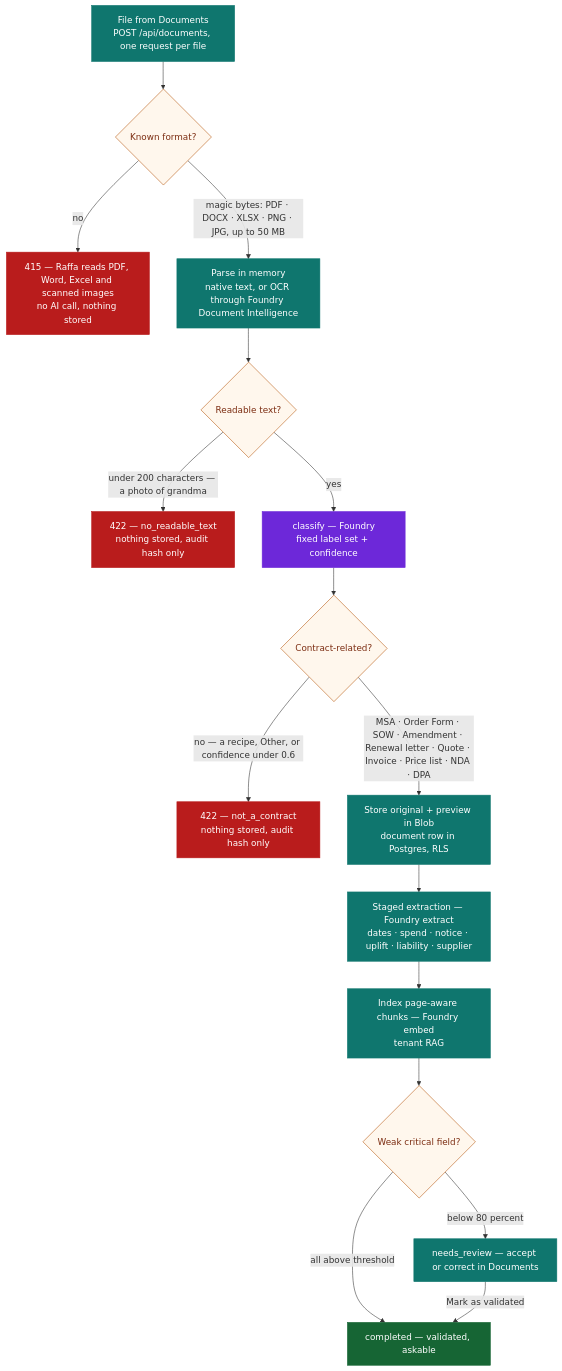
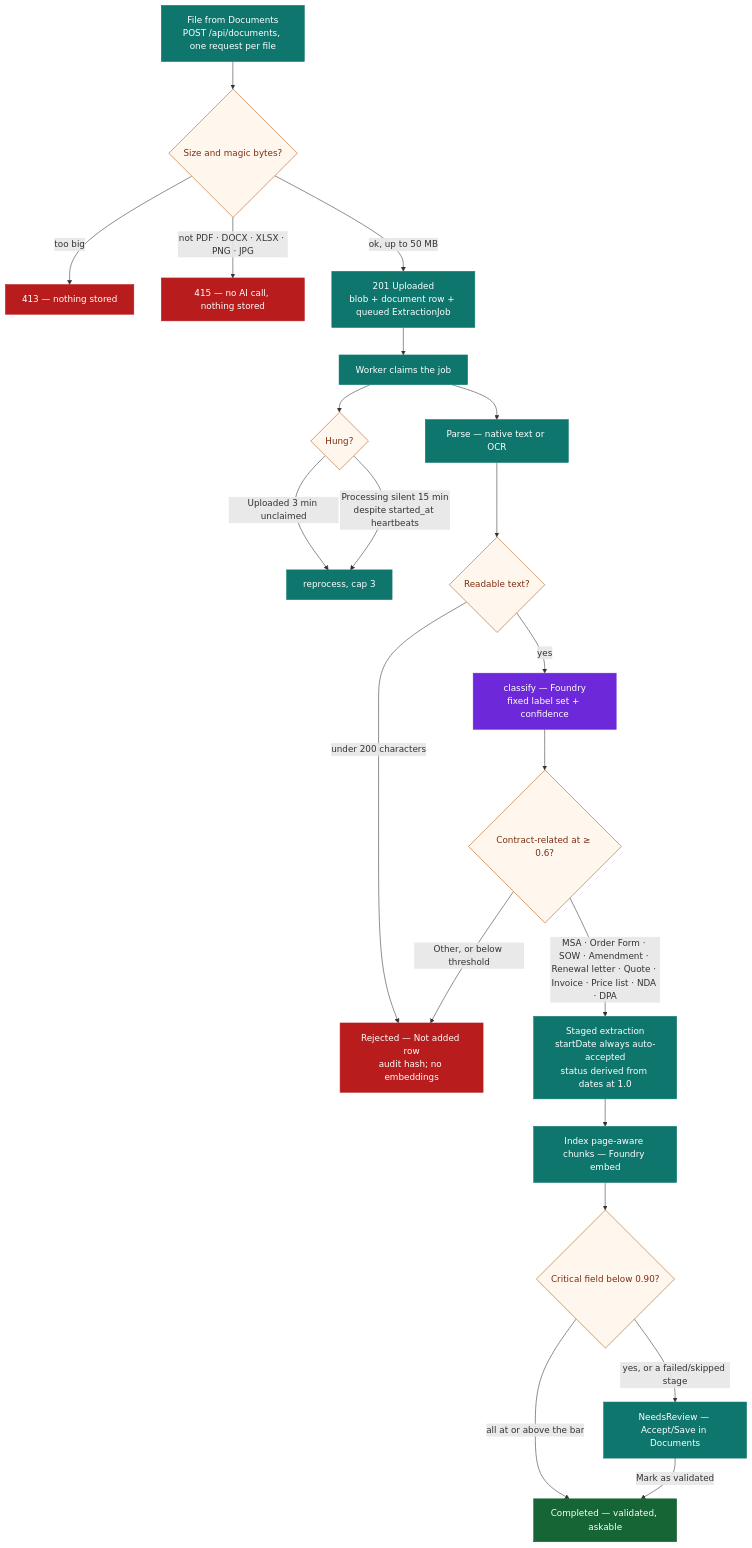
Before and after one commit to lucalamalfa91/Raffa.ai: the second of 7 diagrams in docs/architecture/ask-raffa-v2-data-flow.md, drawn with Mermaid. The commit also changed other lines of this file and 3 other files, not shown here.

First line of the commit message:
docs: align README and flows with the post-W19 product

````diff
--- a/docs/architecture/ask-raffa-v2-data-flow.md
+++ b/docs/architecture/ask-raffa-v2-data-flow.md
@@ -142,30 +143,35 @@
 ```mermaid
 flowchart TB
   classDef step fill:#0f766e,stroke:#0f766e,color:#ffffff
   classDef ai fill:#6d28d9,stroke:#6d28d9,color:#ffffff
   classDef ok fill:#166534,stroke:#166534,color:#ffffff
   classDef no fill:#b91c1c,stroke:#b91c1c,color:#ffffff
   classDef dec fill:#fff7ed,stroke:#b45309,color:#7c2d12
 
-  IN["File from Documents<br/>POST /api/documents, one request per file"] --> F1{"Known format?"}
-  F1 -- "no" --> R415["415 — Raffa reads PDF, Word, Excel and scanned images<br/>no AI call, nothing stored"]
-  F1 -- "magic bytes: PDF · DOCX · XLSX · PNG · JPG, up to 50 MB" --> P["Parse in memory<br/>native text, or OCR through Foundry Document Intelligence"]
+  IN["File from Documents<br/>POST /api/documents, one request per file"] --> F1{"Size and magic bytes?"}
+  F1 -- "too big" --> R413["413 — nothing stored"]
+  F1 -- "not PDF · DOCX · XLSX · PNG · JPG" --> R415["415 — no AI call, nothing stored"]
+  F1 -- "ok, up to 50 MB" --> S["201 Uploaded<br/>blob + document row + queued ExtractionJob"]
+  S --> W["Worker claims the job"]
+  W --> H{"Hung?"}
+  H -- "Uploaded 3 min unclaimed" --> RP["reprocess, cap 3"]
+  H -- "Processing silent 15 min<br/>despite started_at heartbeats" --> RP
+  W --> P["Parse — native text or OCR"]
   P --> F2{"Readable text?"}
-  F2 -- "under 200 characters — a photo of grandma" --> R422a["422 — no_readable_text<br/>nothing stored, audit hash only"]
+  F2 -- "under 200 characters" --> REJ["Rejected — Not added row<br/>audit hash; no embeddings"]
   F2 -- "yes" --> C["classify — Foundry<br/>fixed label set + confidence"]
-  C --> F3{"Contract-related?"}
-  F3 -- "no — a recipe, Other, or confidence under 0.6" --> R422b["422 — not_a_contract<br/>nothing stored, audit hash only"]
-  F3 -- "MSA · Order Form · SOW · Amendment · Renewal letter · Quote · Invoice · Price list · NDA · DPA" --> S["Store original + preview in Blob<br/>document row in Postgres, RLS"]
-  S --> X["Staged extraction — Foundry extract<br/>dates · spend · notice · uplift · liability · supplier"]
-  X --> I["Index page-aware chunks — Foundry embed<br/>tenant RAG"]
-  I --> ST{"Weak critical field?"}
-  ST -- "below 80 percent" --> NR["needs_review — accept or correct in Documents"]
-  ST -- "all above threshold" --> DONE["completed — validated, askable"]
+  C --> F3{"Contract-related at ≥ 0.6?"}
+  F3 -- "Other, or below threshold" --> REJ
+  F3 -- "MSA · Order Form · SOW · Amendment · Renewal letter · Quote · Invoice · Price list · NDA · DPA" --> X["Staged extraction<br/>startDate always auto-accepted<br/>status derived from dates at 1.0"]
+  X --> I["Index page-aware chunks — Foundry embed"]
+  I --> ST{"Critical field below 0.90?"}
+  ST -- "yes, or a failed/skipped stage" --> NR["NeedsReview — Accept/Save in Documents"]
+  ST -- "all at or above the bar" --> DONE["Completed — validated, askable"]
   NR -- "Mark as validated" --> DONE
 
-  class IN,P,S,X,I,NR step
+  class IN,S,W,P,X,I,NR,RP step
   class C ai
   class DONE ok
-  class R415,R422a,R422b no
-  class F1,F2,F3,ST dec
+  class R413,R415,REJ no
+  class F1,F2,F3,ST,H dec
 ```
````
